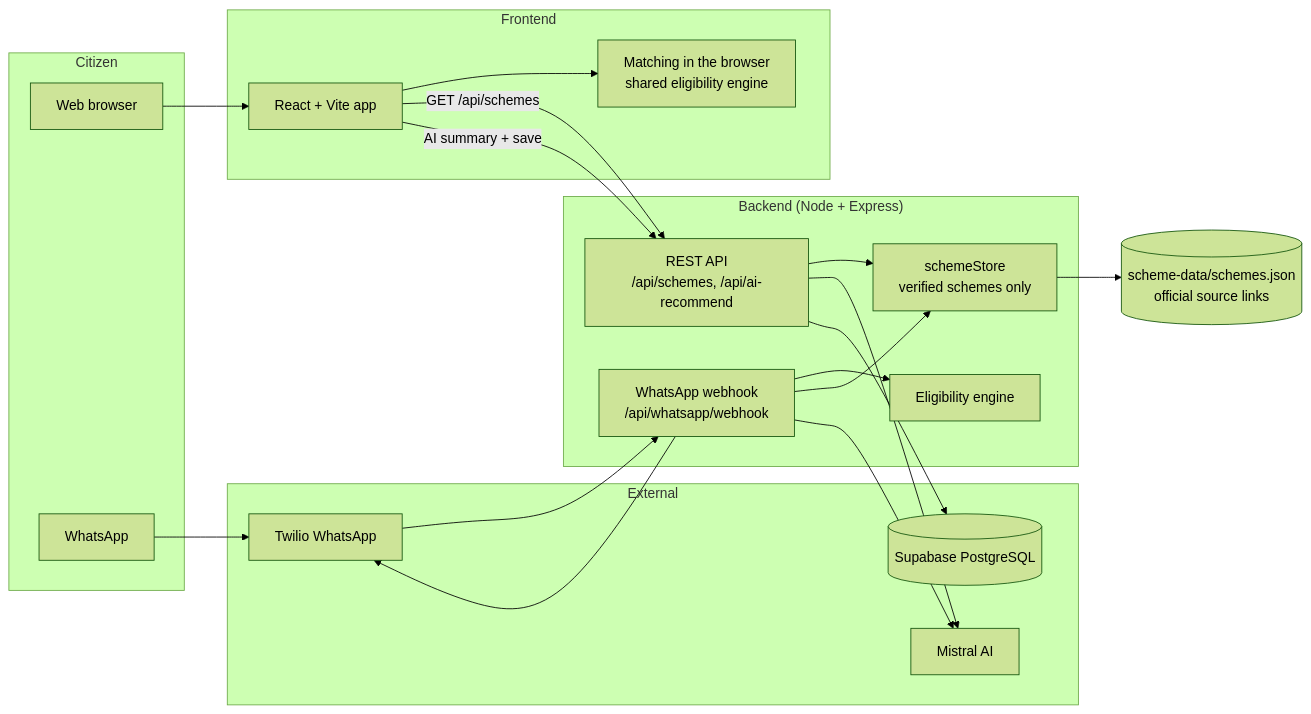
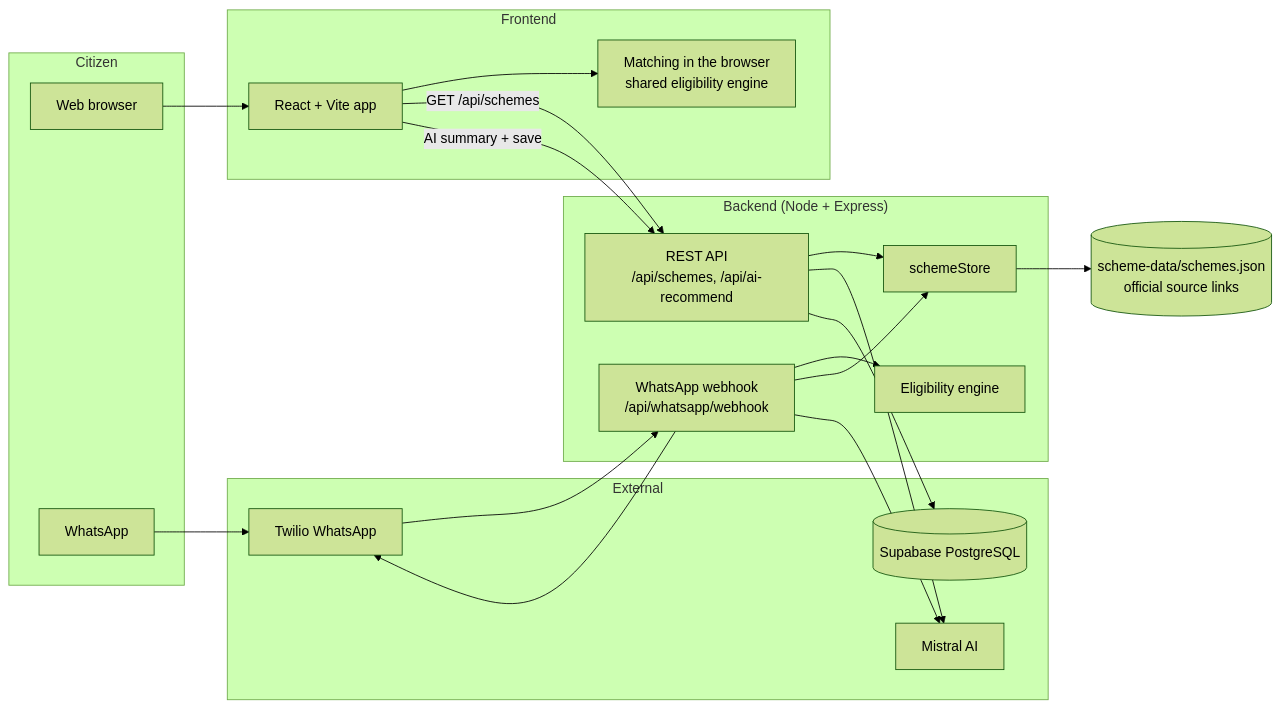
The first of 6 diagrams in README.md (PawanBhandari03/BharatSahayak-V2), drawn with Mermaid (forest theme) before and after one commit. The commit also changed other lines of this file and 15 other files, not shown here.

````diff
--- a/README.md
+++ b/README.md
@@ -58,39 +56,39 @@
 ```mermaid
 flowchart LR
     subgraph Citizen
       W[Web browser]
       WA[WhatsApp]
     end
 
     subgraph Frontend
       FE[React + Vite app]
       ME[Matching in the browser<br/>shared eligibility engine]
     end
 
     subgraph Backend["Backend (Node + Express)"]
       API[REST API<br/>/api/schemes, /api/ai-recommend]
       WH[WhatsApp webhook<br/>/api/whatsapp/webhook]
-      SS[schemeStore<br/>verified schemes only]
+      SS[schemeStore]
       EL[Eligibility engine]
     end
 
     subgraph External
       TW[Twilio WhatsApp]
       MI[Mistral AI]
       DB[(Supabase PostgreSQL)]
     end
 
     DATA[(scheme-data/schemes.json<br/>official source links)]
 
     W --> FE --> ME
     FE -->|GET /api/schemes| API
     FE -->|AI summary + save| API
     WA --> TW --> WH
     WH --> EL
     API --> SS --> DATA
     WH --> SS
     API --> MI
     WH --> MI
     API --> DB
     WH --> TW
 ```
````
